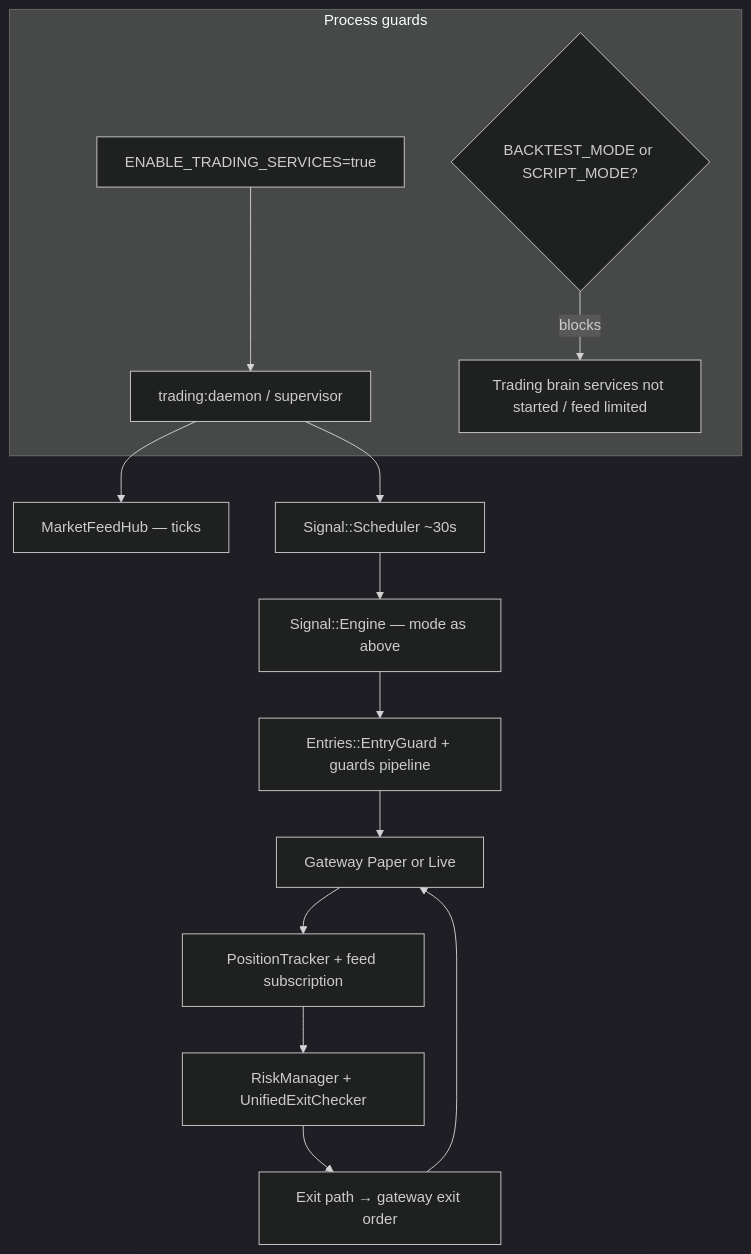
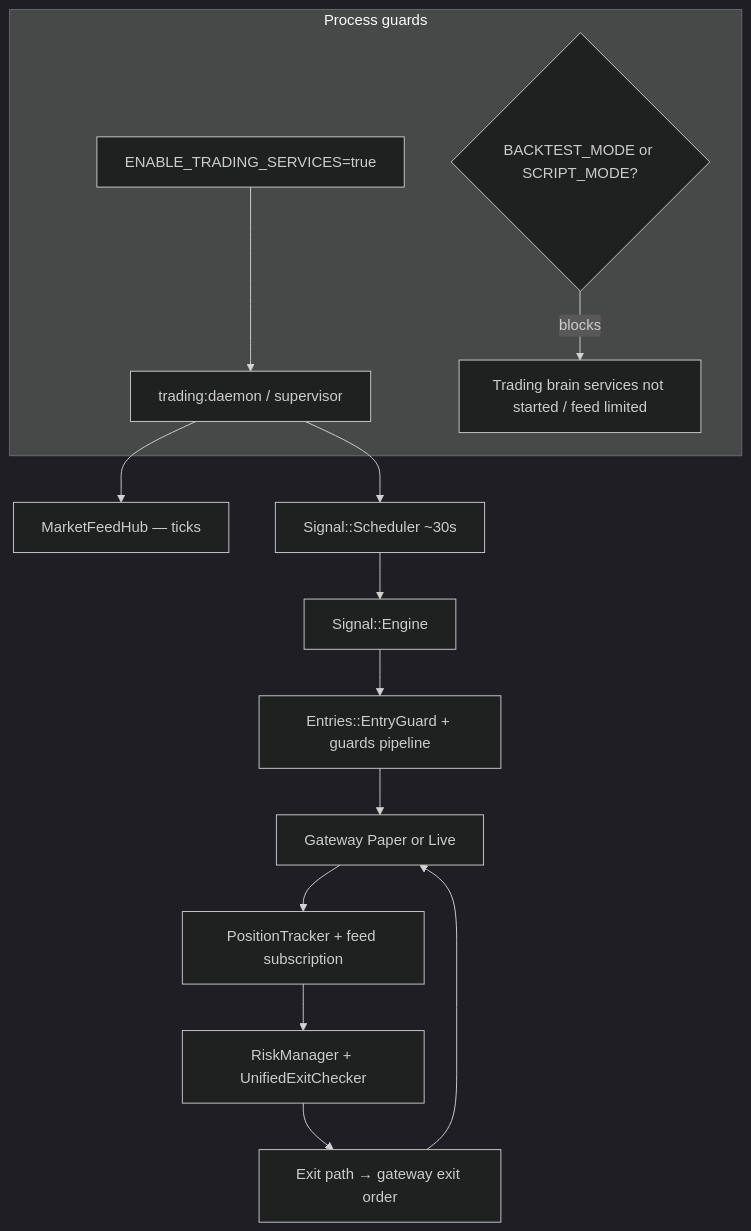
The fifth of 5 diagrams in docs/diagrams/trading-modes.md (shubhamtaywade82/algo_scalper_api), drawn with Mermaid (dark theme) before and after one commit. The commit also changed other lines of this file and 20 other files, not shown here.

````diff
--- a/docs/diagrams/trading-modes.md
+++ b/docs/diagrams/trading-modes.md
@@ -130,18 +126,18 @@
 ```mermaid
 flowchart TD
   subgraph guard [Process guards]
     E1[ENABLE_TRADING_SERVICES=true] --> D[trading:daemon / supervisor]
     E2{BACKTEST_MODE or SCRIPT_MODE?} -->|blocks| NOSTART[Trading brain services not started / feed limited]
   end
 
   D --> MF[MarketFeedHub — ticks]
   D --> SS[Signal::Scheduler ~30s]
-  SS --> SE[Signal::Engine — mode as above]
+  SS --> SE[Signal::Engine]
   SE --> EG[Entries::EntryGuard + guards pipeline]
   EG --> GW[Gateway Paper or Live]
   GW --> PT[PositionTracker + feed subscription]
 
   PT --> RM2[RiskManager + UnifiedExitChecker]
   RM2 --> EE[Exit path → gateway exit order]
   EE --> GW
 ```
````
